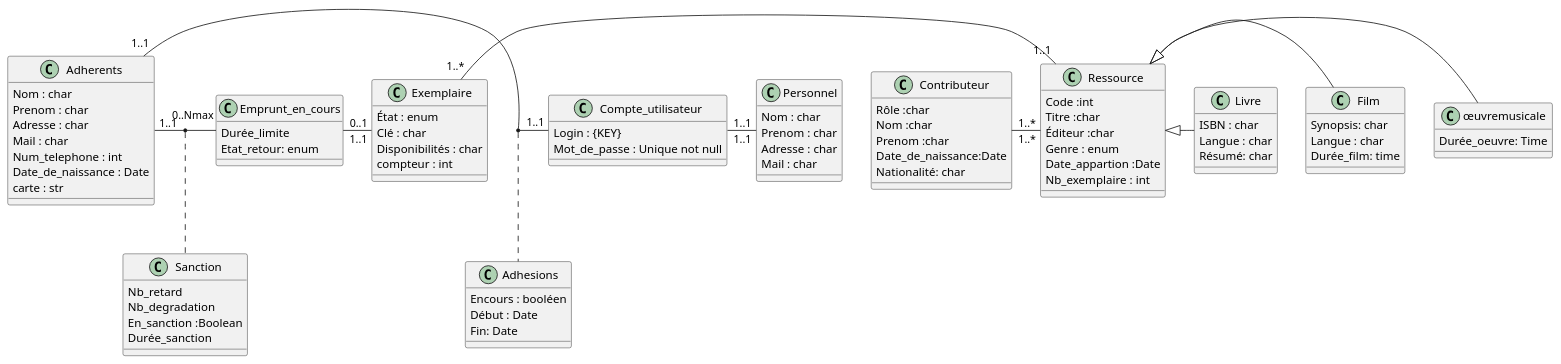
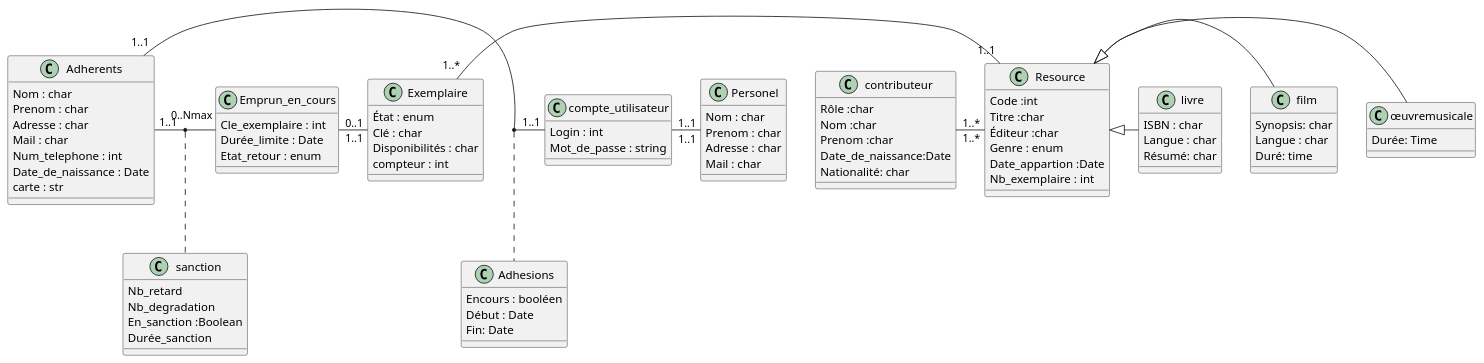
One commit to opoussin/ProjetBDD_Gestion_Bibliotheque changed the diagram in Rendu1/UML.plantuml. Above: the diagram before and after it, drawn with PlantUML.

```diff
--- a/Rendu1/UML.plantuml
+++ b/Rendu1/UML.plantuml
@@ -1,99 +1,97 @@
 @startuml
 class Adhesions {
 Encours : booléen 
 Début : Date
 Fin: Date
 }
 
 class Adherents{
 Nom : char
 Prenom : char 
 Adresse : char 
 Mail : char
 Num_telephone : int
 Date_de_naissance : Date
 carte : str 
 }
 
-class Personnel{
+class Personel{
 Nom : char
 Prenom : char 
 Adresse : char 
 Mail : char
 }
 
 class Exemplaire {
 État : enum
 Clé : char 
 Disponibilités : char 
 compteur : int 
 }
 
-Class Ressource { 
+Class Resource { 
 Code :int 
 Titre :char
 Éditeur :char
 Genre : enum
 Date_appartion :Date
 Nb_exemplaire : int
 }
 
-
-
-class Livre {
+class livre {
 ISBN : char
 Langue : char 
 Résumé: char 
 }
 
-class Film {
+class film {
 Synopsis: char
 Langue : char 
-Durée_film: time  
+Duré: time  
 }
 
 class œuvremusicale { 
-Durée_oeuvre: Time
+Durée: Time
 }
 
-Class Compte_utilisateur{
-Login : {KEY}
-Mot_de_passe : Unique not null
+Class compte_utilisateur{
+Login : int
+Mot_de_passe : string
 }
 
-
-
-Class Sanction{
+Class sanction{
 Nb_retard
 Nb_degradation 
 En_sanction :Boolean 
 Durée_sanction 
 }
 
+Class Emprun_en_cours{
+Cle_exemplaire : int
+Durée_limite : Date
+Etat_retour : enum
+}
 
-
-Class Emprunt_en_cours{
-Durée_limite 
-Etat_retour: enum
-}
-Class Contributeur{
+Class contributeur{
 Rôle :char
 Nom :char
 Prenom :char
 Date_de_naissance:Date 
 Nationalité: char
 }
-Ressource <|- œuvremusicale
-Ressource <|- Film
-Ressource <|- Livre
 
+Resource <|- œuvremusicale
+Resource <|- film
+Resource <|- livre
 
-Adherents "1..1" - "1..1" Compte_utilisateur 
-(Adherents , Compte_utilisateur ) .. Adhesions
-Emprunt_en_cours "0..1" - "1..1" Exemplaire
-Contributeur "1..*" - "1..*" Ressource
-Adherents "1..1" - "0..Nmax" Emprunt_en_cours 
-(Adherents , Emprunt_en_cours ) .. Sanction
-Compte_utilisateur "1..1" - "1..1" Personnel
-Exemplaire "1..*" - "1..1" Ressource
+Adherents "1..1" - "1..1" compte_utilisateur 
+(Adherents , compte_utilisateur ) .. Adhesions
+
+Emprun_en_cours "0..1" - "1..1" Exemplaire
+contributeur "1..*" - "1..*" Resource
+Adherents "1..1" - "0..Nmax" Emprun_en_cours 
+(Adherents , Emprun_en_cours ) .. sanction
+
+compte_utilisateur "1..1" - "1..1" Personel
+Exemplaire "1..*" - "1..1" Resource
 @enduml
```
